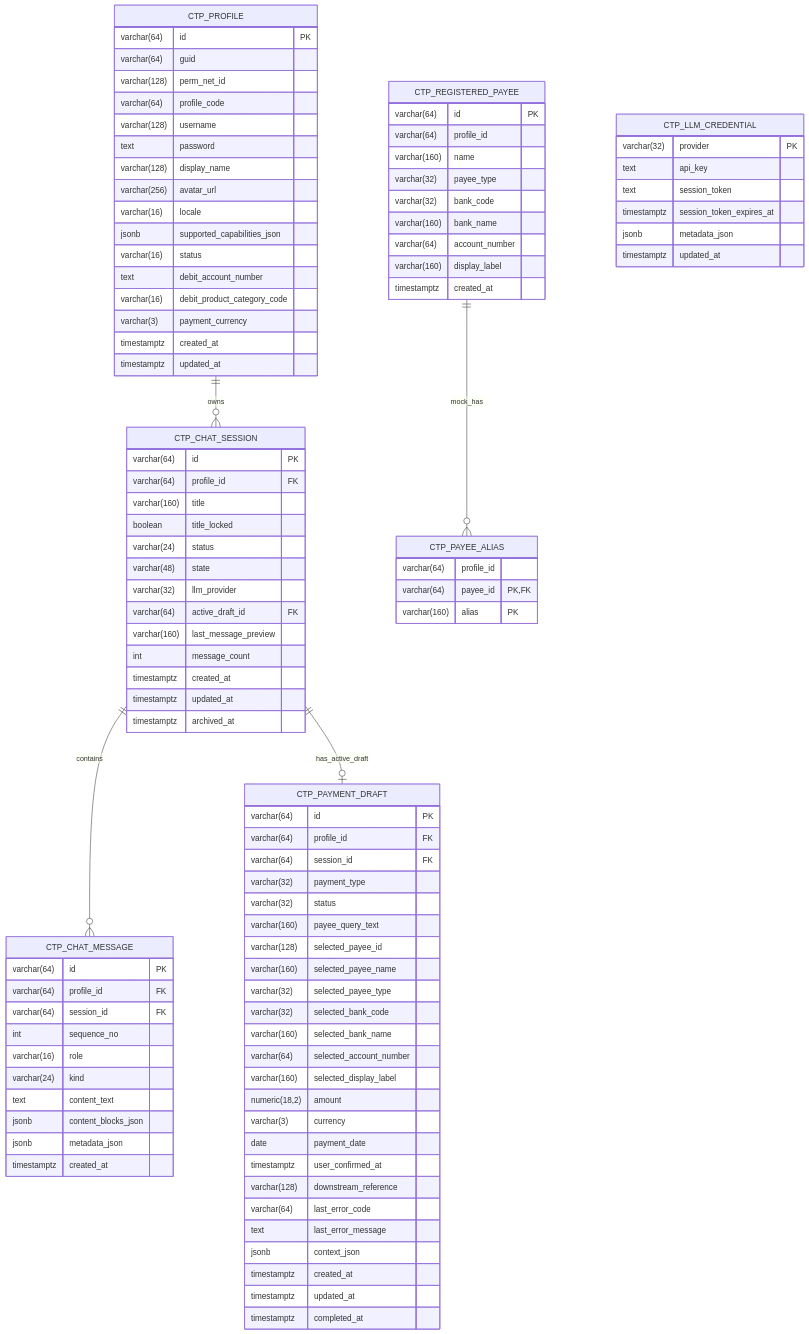
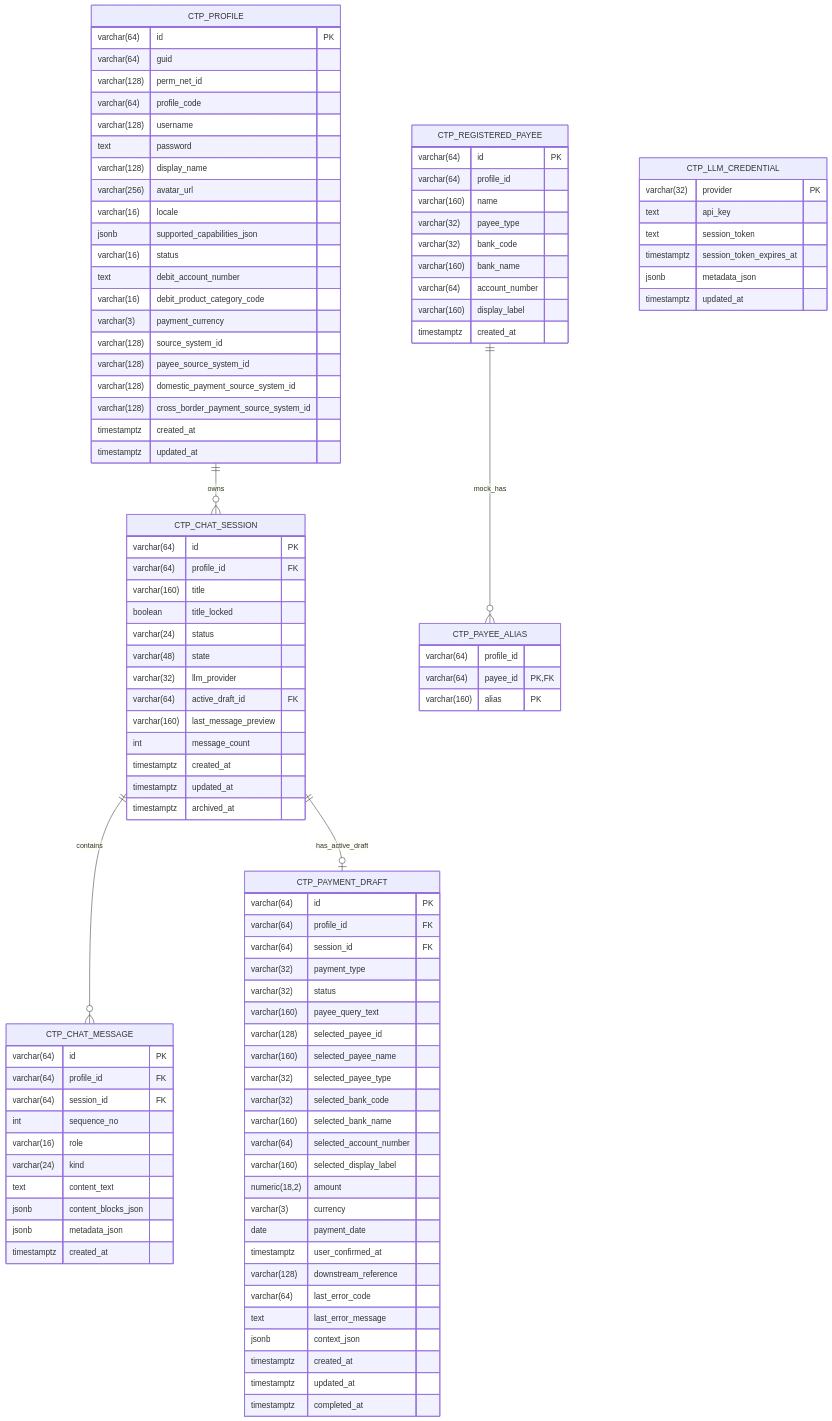
The diagram in docs/03-db_design.md (VictorZhong/chat2pay), drawn with Mermaid before and after one commit. The commit also changed other lines of this file and 15 other files, not shown here.

```diff
--- a/docs/03-db_design.md
+++ b/docs/03-db_design.md
@@ -73,6 +73,10 @@
         text debit_account_number
         varchar(16) debit_product_category_code
         varchar(3) payment_currency
+        varchar(128) source_system_id
+        varchar(128) payee_source_system_id
+        varchar(128) domestic_payment_source_system_id
+        varchar(128) cross_border_payment_source_system_id
         timestamptz created_at
         timestamptz updated_at
     }
```
